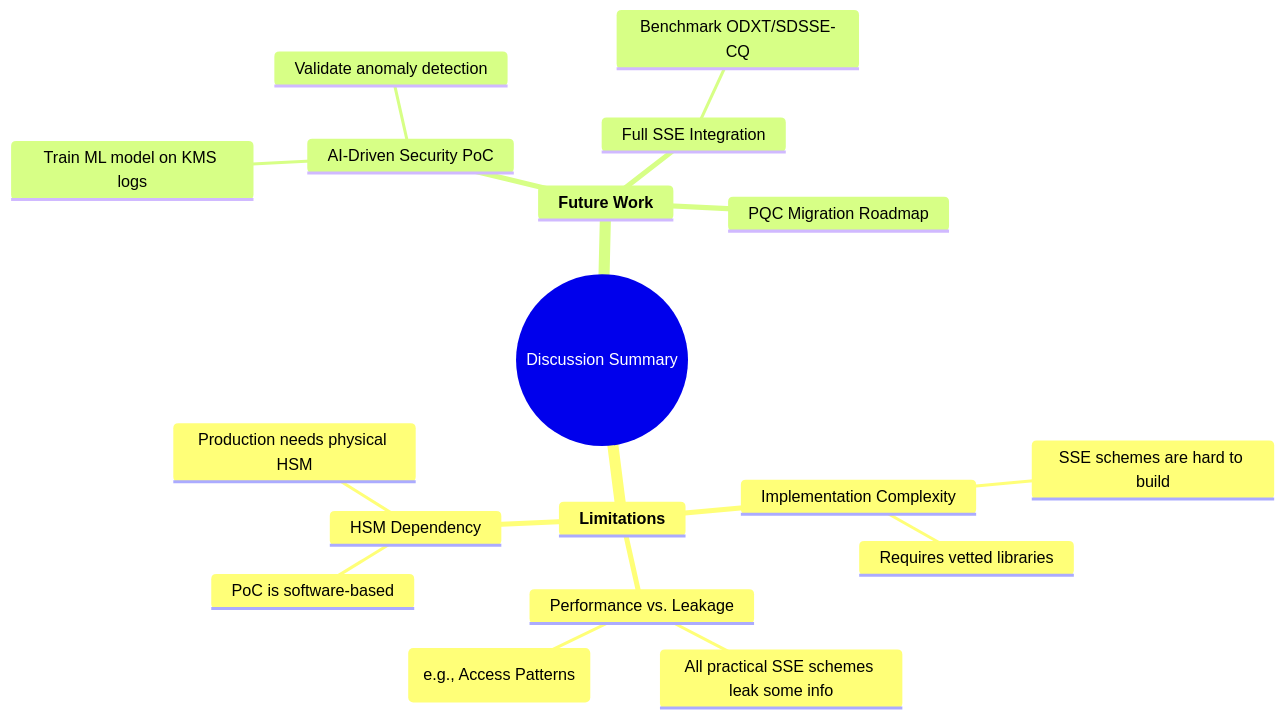
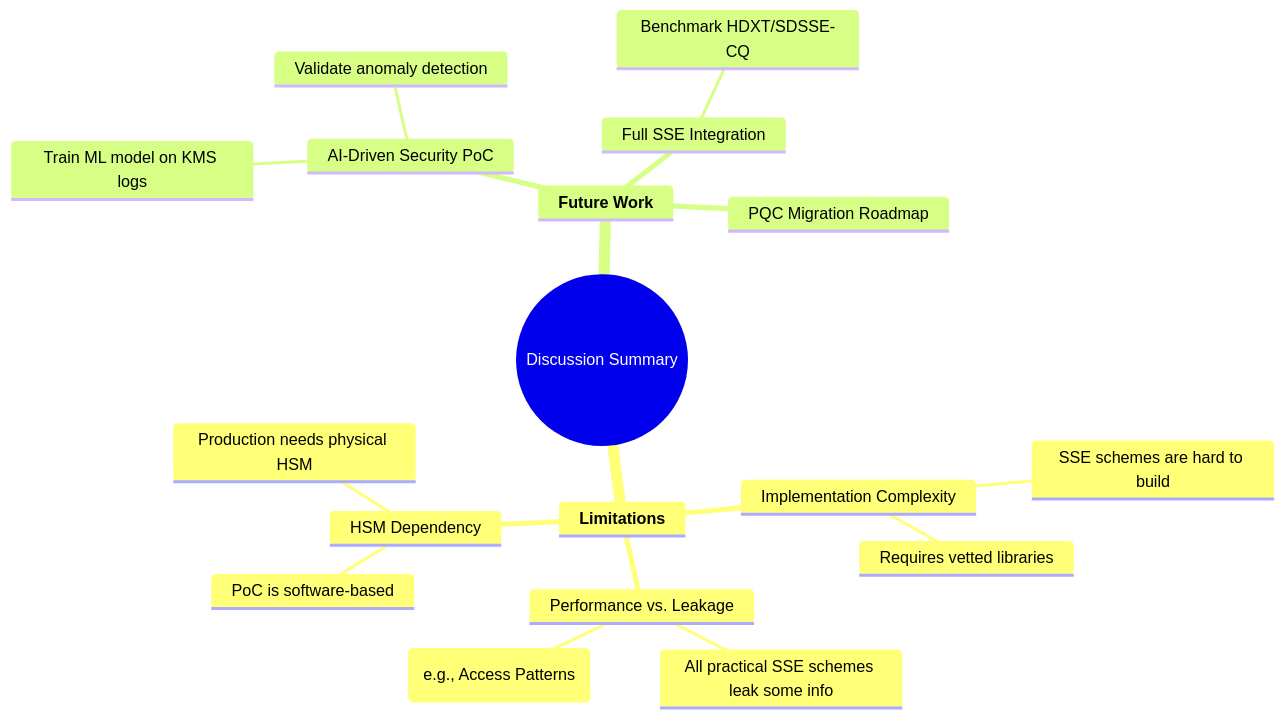
One commit to rachidd31/search_over_encrypted changed diagram 12 of 22 in README.md. Above: the diagram before and after it, drawn with Mermaid. The commit also changed other lines of this file, not shown here.

````diff
--- a/README.md
+++ b/README.md
@@ -677,23 +888,23 @@
 ```mermaid
 mindmap
   root((Discussion Summary))
     <b>Limitations</b>
       ::icon(fa fa-exclamation-triangle)
       Implementation Complexity
         SSE schemes are hard to build
         Requires vetted libraries
       Performance vs. Leakage
         All practical SSE schemes leak some info
         (e.g., Access Patterns)
       HSM Dependency
         PoC is software-based
         Production needs physical HSM
     <b>Future Work</b>
       ::icon(fa fa-lightbulb)
       AI-Driven Security PoC
         Train ML model on KMS logs
         Validate anomaly detection
       Full SSE Integration
-        Benchmark ODXT/SDSSE-CQ
+        Benchmark HDXT/SDSSE-CQ
       PQC Migration Roadmap
 ```
````
